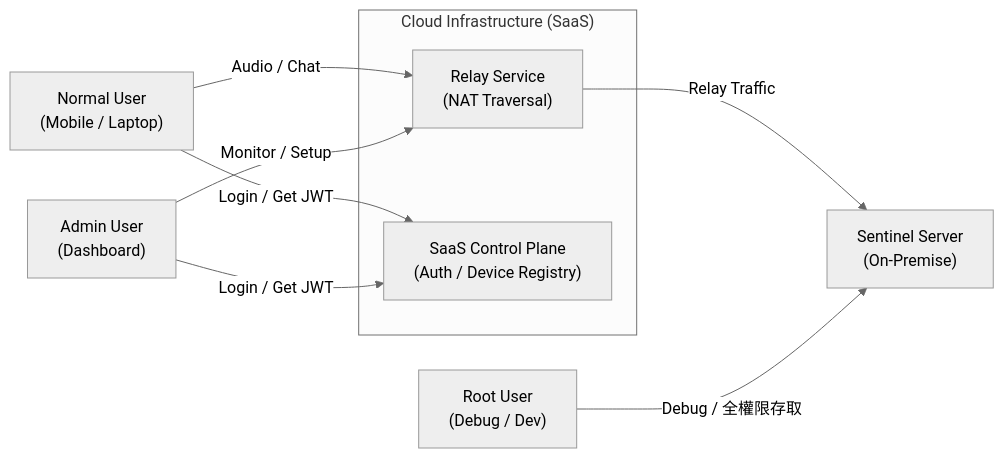
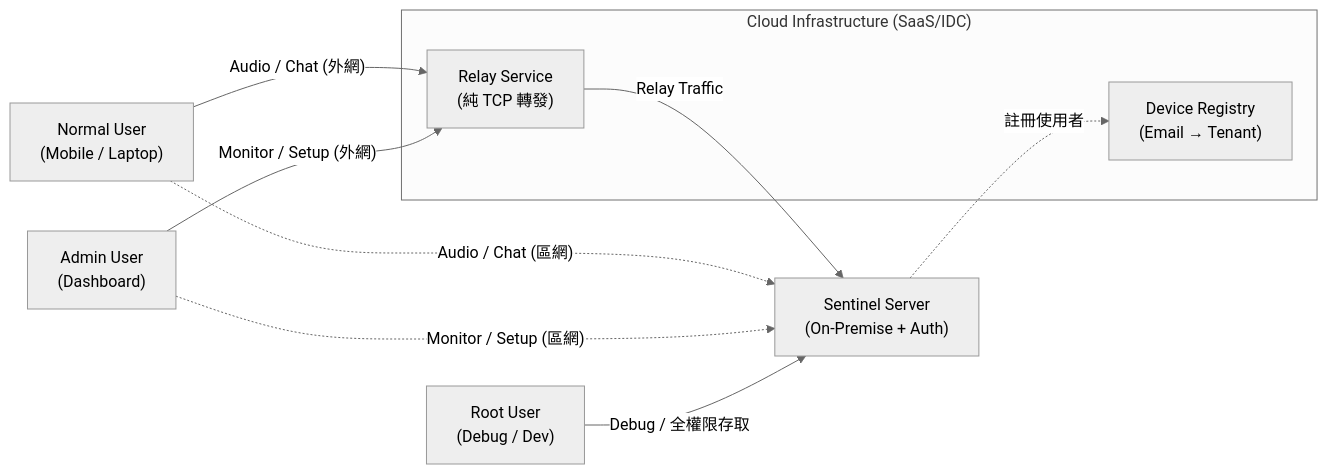
The diagram in contextDiagram.mmd (marychoucool/sentinelDesign), drawn with Mermaid (neutral theme) before and after one commit. The commit also changed 5 other files, not shown here.

```diff
--- a/contextDiagram.mmd
+++ b/contextDiagram.mmd
@@ -1,26 +1,29 @@
 flowchart LR
     %% ===== Users =====
     NormalUser["Normal User<br>(Mobile / Laptop)"]
     AdminUser["Admin User<br>(Dashboard)"]
     RootUser["Root User<br>(Debug / Dev)"]
 
     %% ===== External Cloud Systems =====
-    subgraph Cloud ["Cloud Infrastructure (SaaS)"]
-        RelayService["Relay Service<br>(NAT Traversal)"]
-        SaaSService["SaaS Control Plane<br>(Auth / Device Registry)"]
+    subgraph Cloud ["Cloud Infrastructure (SaaS/IDC)"]
+        RelayService["Relay Service<br>(純 TCP 轉發)"]
+        DeviceRegistry["Device Registry<br>(Email → Tenant)"]
     end
 
     %% ===== On-Premise System =====
-    SentinelServer["Sentinel Server<br>(On-Premise)"]
-
-    %% ===== User → SaaS (Auth) =====
-    NormalUser -->|Login / Get JWT| SaaSService
-    AdminUser -->|Login / Get JWT| SaaSService
+    SentinelServer["Sentinel Server<br>(On-Premise + Auth)"]
 
     %% ===== User → Relay → Server (Data flows) =====
-    NormalUser -->|Audio / Chat| RelayService
-    RelayService -->|Relay Traffic| SentinelServer
-    AdminUser -->|Monitor / Setup| RelayService
+    NormalUser -->|"Audio / Chat (外網)"| RelayService
+    RelayService -->|"Relay Traffic"| SentinelServer
+    AdminUser -->|"Monitor / Setup (外網)"| RelayService
+
+    %% ===== Direct LAN Access =====
+    NormalUser -.->|"Audio / Chat (區網)"| SentinelServer
+    AdminUser -.->|"Monitor / Setup (區網)"| SentinelServer
+
+    %% ===== Sentinel → Device Registry =====
+    SentinelServer -.->|"註冊使用者"| DeviceRegistry
 
     %% ===== Root User Direct =====
-    RootUser -->|Debug / 全權限存取| SentinelServer
+    RootUser -->|"Debug / 全權限存取"| SentinelServer
```
